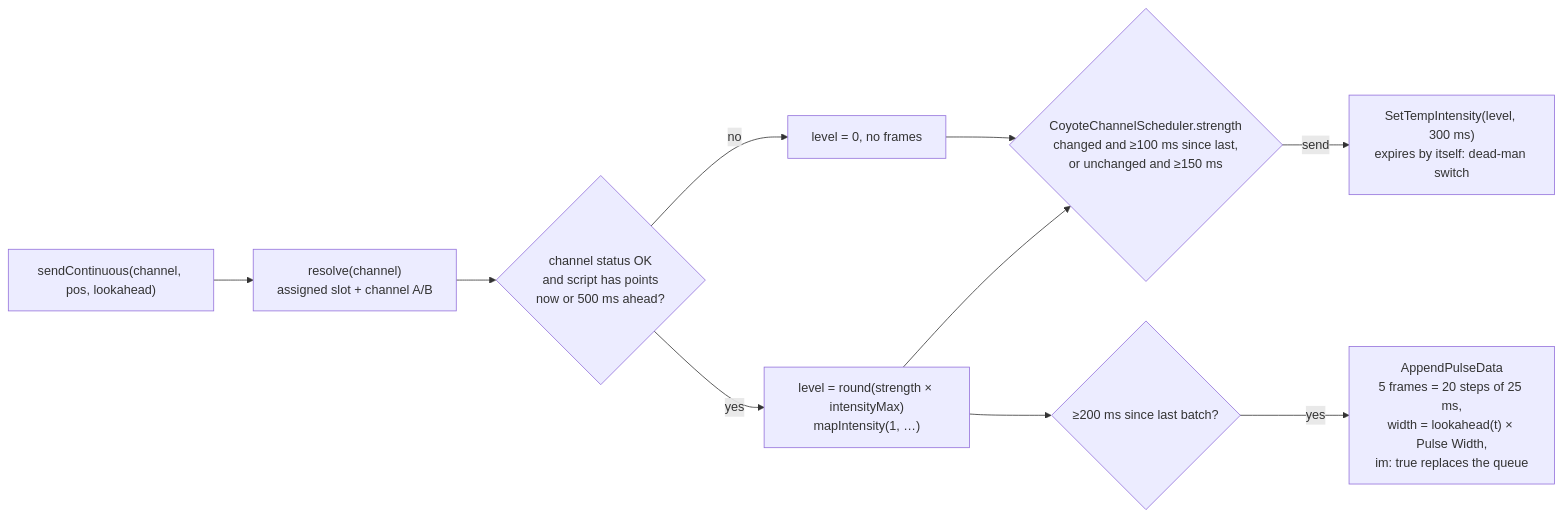
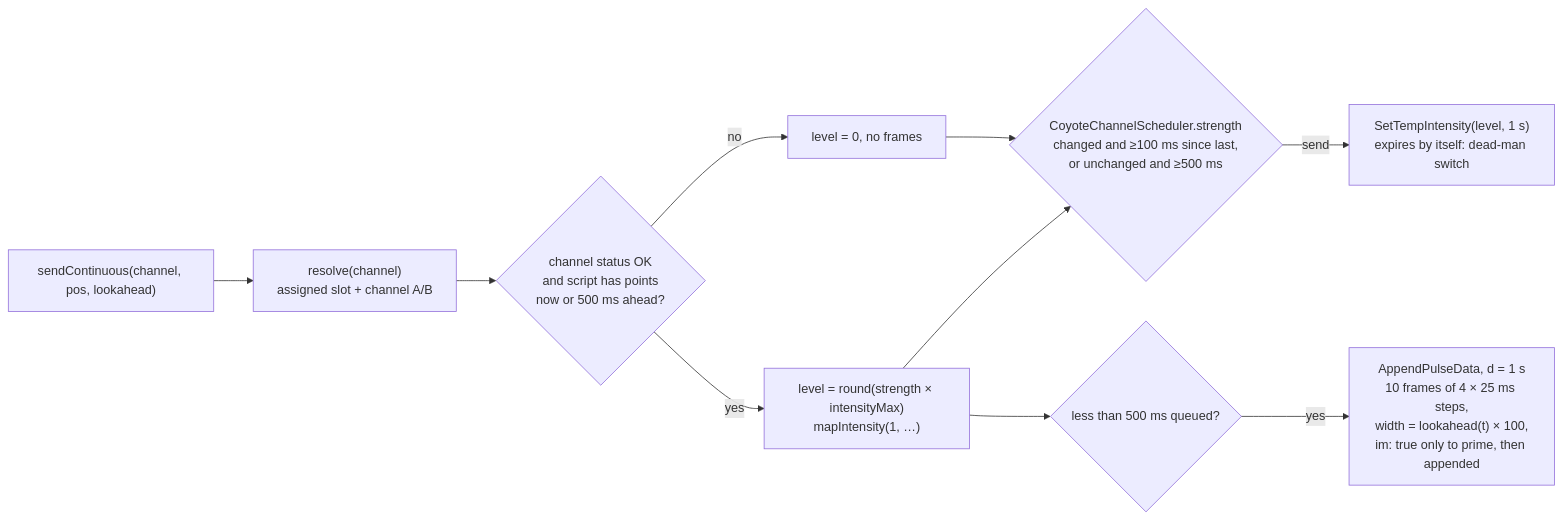
The seventh of 7 diagrams in docs/developer/haptics.md (lumbar-spine-support/docker-haptic-player), drawn with Mermaid before and after one commit. The commit also changed other lines of this file and 20 other files, not shown here.

````diff
--- a/docs/developer/haptics.md
+++ b/docs/developer/haptics.md
@@ -244,11 +245,11 @@
 ```mermaid
 flowchart LR
   SC["sendContinuous(channel, pos, lookahead)"] --> Res["resolve(channel)<br/>assigned slot + channel A/B"]
   Res --> Usable{"channel status OK<br/>and script has points<br/>now or 500 ms ahead?"}
   Usable -- no --> Zero["level = 0, no frames"]
   Usable -- yes --> Map["level = round(strength × intensityMax)<br/>mapIntensity(1, …)"]
-  Zero & Map --> Str{"CoyoteChannelScheduler.strength<br/>changed and ≥100 ms since last,<br/>or unchanged and ≥150 ms"}
-  Str -- send --> ST["SetTempIntensity(level, 300 ms)<br/>expires by itself: dead-man switch"]
-  Map --> Batch{"≥200 ms since last batch?"}
-  Batch -- yes --> AP["AppendPulseData<br/>5 frames = 20 steps of 25 ms,<br/>width = lookahead(t) × Pulse Width,<br/>im: true replaces the queue"]
+  Zero & Map --> Str{"CoyoteChannelScheduler.strength<br/>changed and ≥100 ms since last,<br/>or unchanged and ≥500 ms"}
+  Str -- send --> ST["SetTempIntensity(level, 1 s)<br/>expires by itself: dead-man switch"]
+  Map --> Batch{"less than 500 ms queued?"}
+  Batch -- yes --> AP["AppendPulseData, d = 1 s<br/>10 frames of 4 × 25 ms steps,<br/>width = lookahead(t) × 100,<br/>im: true only to prime, then appended"]
 ```
````
